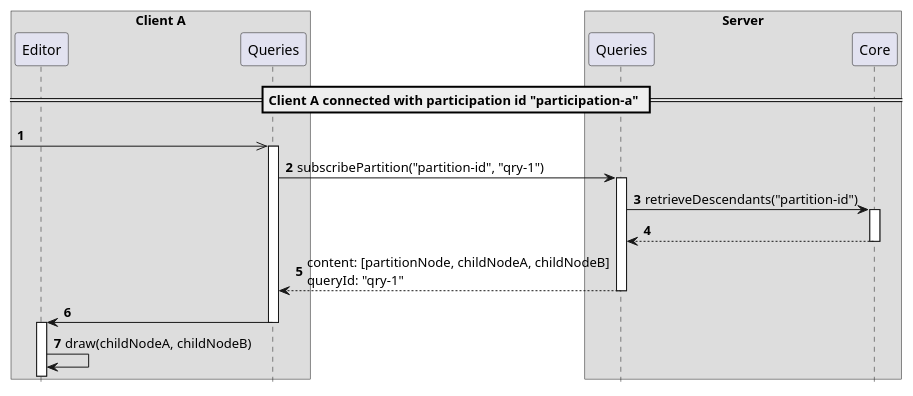
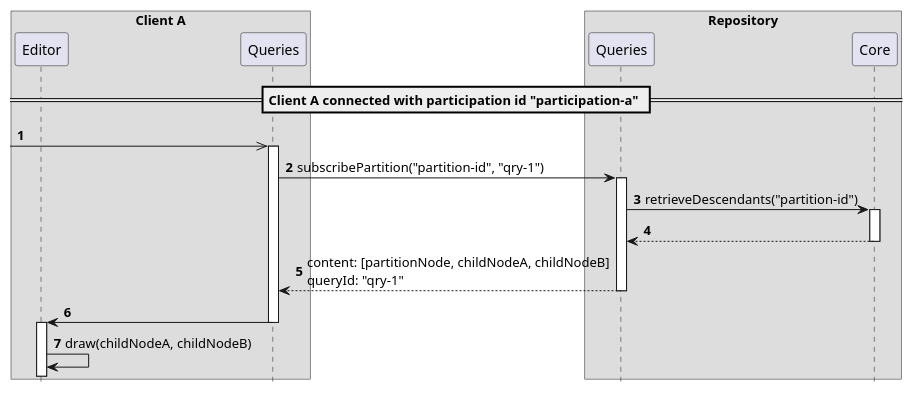
The diagram in delta/scenarios/reconnectKnownPartition.adoc (LionWeb-io/specification), drawn with PlantUML before and after one commit. The commit also changed other lines of this file and 23 other files, not shown here.

```diff
--- a/delta/scenarios/reconnectKnownPartition.adoc
+++ b/delta/scenarios/reconnectKnownPartition.adoc
@@ -2,28 +2,28 @@
 [plantuml,reconnectKnownPartition,svg]
 ----
 hide footbox
 autonumber
 
 box "Client A"
   participant Editor as editor
   participant Queries as clientQuery
 end box
 
-box "Server"
-  participant Queries as repoQuery
+box "Repository"
+  participant Queries  as repoQuery
   participant Core as core
 end box
 
 == Client A connected with participation id "participation-a" ==
 
 [->> clientQuery
 activate clientQuery
 clientQuery -> repoQuery ++: subscribePartition("partition-id", "qry-1")
   repoQuery -> core ++: retrieveDescendants("partition-id")
   return
 return content: [partitionNode, childNodeA, childNodeB]\nqueryId: "qry-1"
 clientQuery -> editor
 deactivate clientQuery
 activate editor
 editor -> editor: draw(childNodeA, childNodeB)
 ----
```
